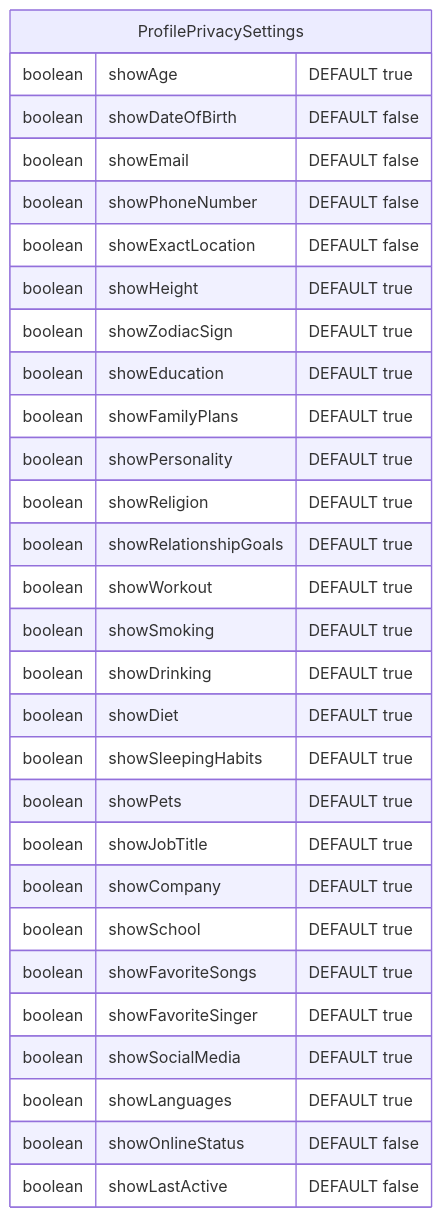
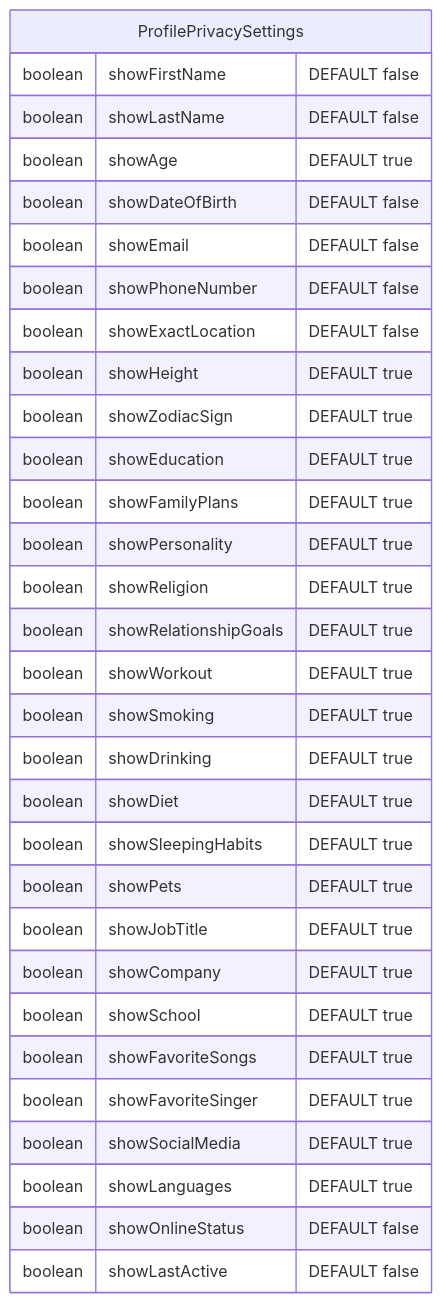
One commit to Aceadk/my_first_project changed the fifth of 27 diagrams in docs/project_er_diagram.md. Above: the diagram before and after it, drawn with Mermaid. The commit also changed other lines of this file and 1262 other files, not shown here.

````diff
--- a/docs/project_er_diagram.md
+++ b/docs/project_er_diagram.md
@@ -354,32 +355,34 @@
 ```mermaid
 erDiagram
     ProfilePrivacySettings {
+        boolean showFirstName "DEFAULT false"
+        boolean showLastName "DEFAULT false"
         boolean showAge "DEFAULT true"
         boolean showDateOfBirth "DEFAULT false"
         boolean showEmail "DEFAULT false"
         boolean showPhoneNumber "DEFAULT false"
         boolean showExactLocation "DEFAULT false"
         boolean showHeight "DEFAULT true"
         boolean showZodiacSign "DEFAULT true"
         boolean showEducation "DEFAULT true"
         boolean showFamilyPlans "DEFAULT true"
         boolean showPersonality "DEFAULT true"
         boolean showReligion "DEFAULT true"
         boolean showRelationshipGoals "DEFAULT true"
         boolean showWorkout "DEFAULT true"
         boolean showSmoking "DEFAULT true"
         boolean showDrinking "DEFAULT true"
         boolean showDiet "DEFAULT true"
         boolean showSleepingHabits "DEFAULT true"
         boolean showPets "DEFAULT true"
         boolean showJobTitle "DEFAULT true"
         boolean showCompany "DEFAULT true"
         boolean showSchool "DEFAULT true"
         boolean showFavoriteSongs "DEFAULT true"
         boolean showFavoriteSinger "DEFAULT true"
         boolean showSocialMedia "DEFAULT true"
         boolean showLanguages "DEFAULT true"
         boolean showOnlineStatus "DEFAULT false"
         boolean showLastActive "DEFAULT false"
     }
 ```
````
